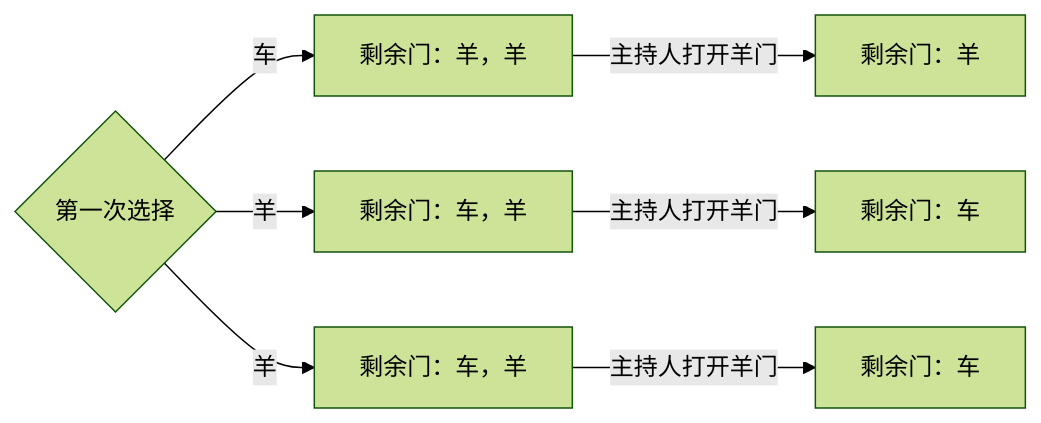
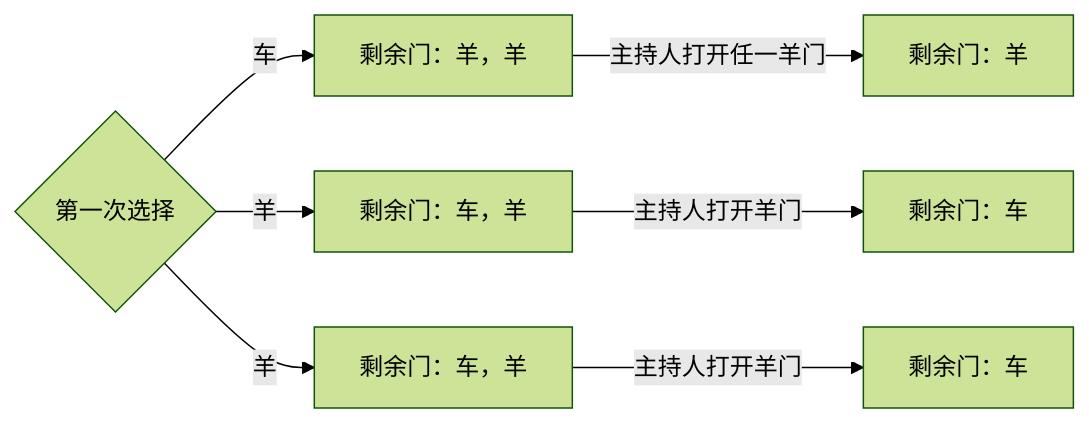
One commit to yao-matrix/mblog changed the first of 2 diagrams in three-door-problem.md. Above: the diagram before and after it, drawn with Mermaid (forest theme). The commit also changed other lines of this file, not shown here.

````diff
--- a/three-door-problem.md
+++ b/three-door-problem.md
@@ -19,6 +19,6 @@
 ```mermaid
     flowchart LR
-    cond1{"第一次选择"}--车-->id1[剩余门：羊，羊]--主持人打开羊门-->id2[剩余门：羊]
+    cond1{"第一次选择"}--车-->id1[剩余门：羊，羊]--主持人打开任一羊门-->id2[剩余门：羊]
     cond1{"第一次选择"}--羊-->id3[剩余门：车，羊]--主持人打开羊门-->id4[剩余门：车]
     cond1{"第一次选择"}--羊-->id5[剩余门：车，羊]--主持人打开羊门-->id6[剩余门：车]
 ```
````
